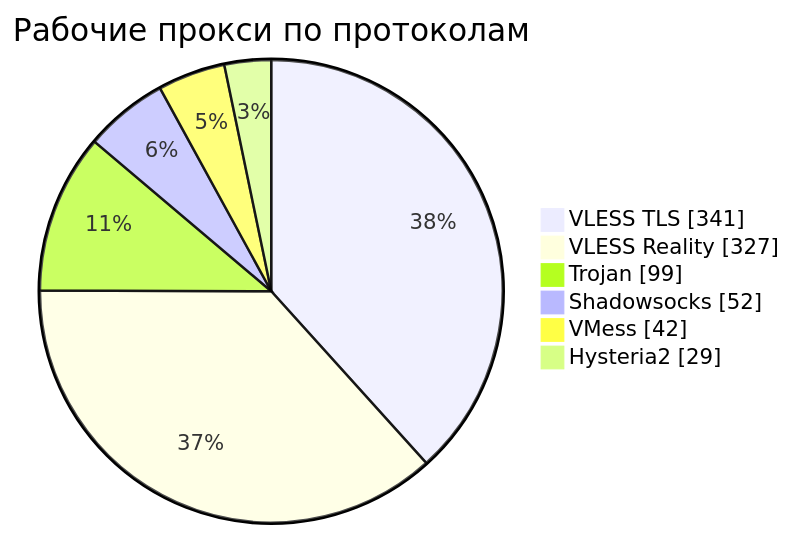
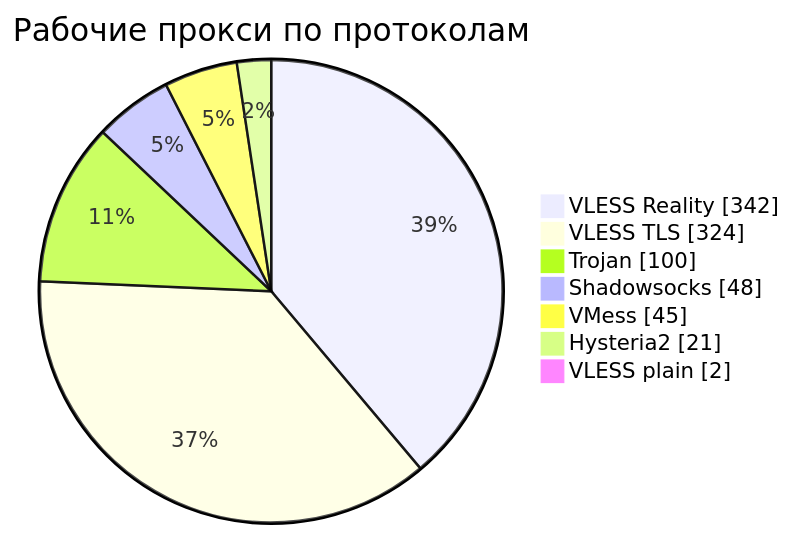
Before and after one commit to rvvg/proxy-subs: the third of 4 diagrams in README.md, drawn with Mermaid. The commit also changed other lines of this file and 69 other files, not shown here.

````diff
--- a/README.md
+++ b/README.md
@@ -137,10 +160,11 @@
 ```mermaid
 pie showData
     title Рабочие прокси по протоколам
-    "VLESS TLS" : 341
-    "VLESS Reality" : 327
-    "Trojan" : 99
-    "Shadowsocks" : 52
-    "VMess" : 42
-    "Hysteria2" : 29
+    "VLESS Reality" : 342
+    "VLESS TLS" : 324
+    "Trojan" : 100
+    "Shadowsocks" : 48
+    "VMess" : 45
+    "Hysteria2" : 21
+    "VLESS plain" : 2
 ```
````
